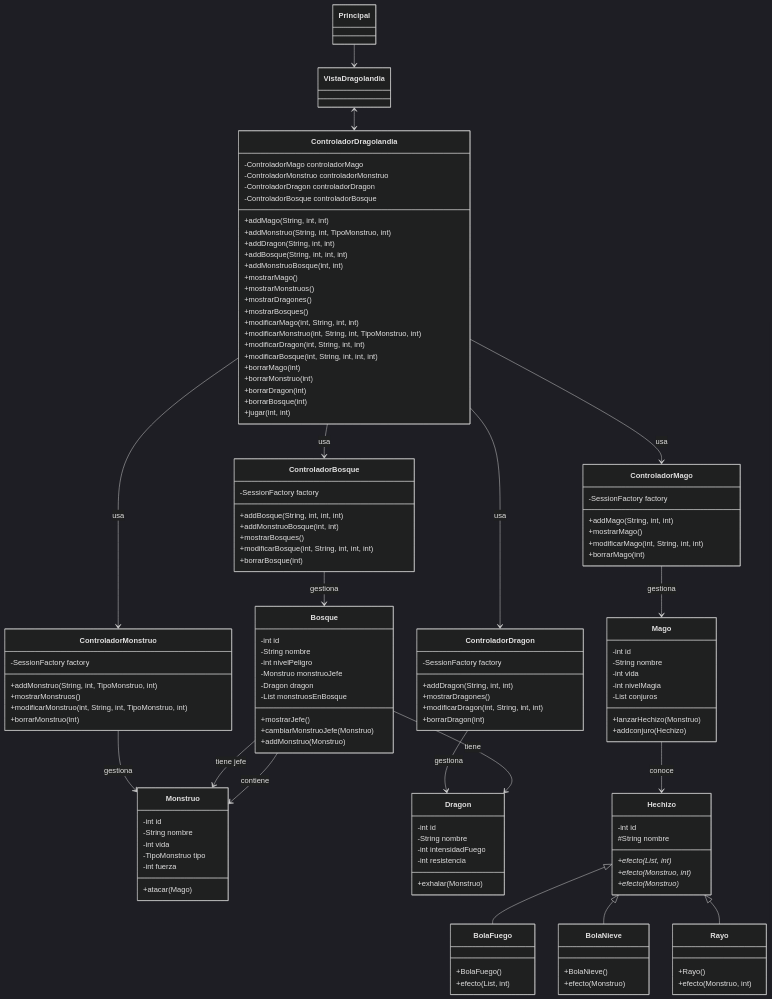
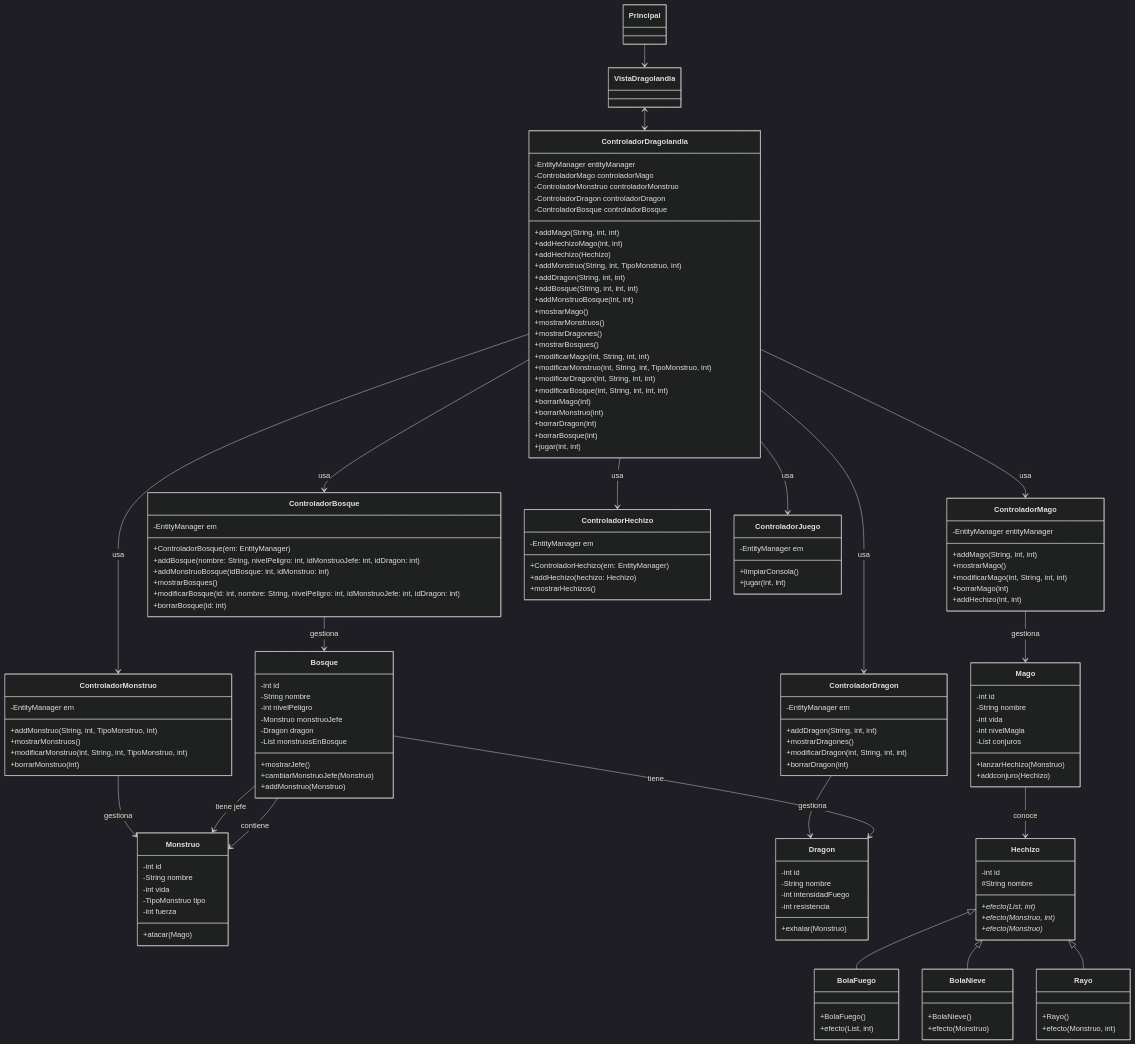
The first of 2 diagrams in README.md (ManuelSC2024/dragolandia), drawn with Mermaid (dark theme) before and after one commit. The commit also changed other lines of this file and 6 other files, not shown here.

```diff
--- a/README.md
+++ b/README.md
@@ -18,6 +32,8 @@
     ControladorDragolandia --> ControladorMonstruo : usa
     ControladorDragolandia --> ControladorDragon : usa
     ControladorDragolandia --> ControladorBosque : usa
+    ControladorDragolandia --> ControladorHechizo : usa
+    ControladorDragolandia --> ControladorJuego : usa
 
     ControladorMago --> Mago : gestiona
     ControladorMonstruo --> Monstruo : gestiona
@@ -44,11 +60,14 @@
     }
 
     class ControladorDragolandia{
+        -EntityManager entityManager
         -ControladorMago controladorMago
         -ControladorMonstruo controladorMonstruo
         -ControladorDragon controladorDragon
         -ControladorBosque controladorBosque
         +addMago(String, int, int)
+        +addHechizoMago(int, int)
+        +addHechizo(Hechizo)
         +addMonstruo(String, int, TipoMonstruo, int)
         +addDragon(String, int, int)
         +addBosque(String, int, int, int)
@@ -69,15 +88,16 @@
     }
 
     class ControladorMago{
-        -SessionFactory factory
+        -EntityManager entityManager
         +addMago(String, int, int)
         +mostrarMago()
         +modificarMago(int, String, int, int)
         +borrarMago(int)
+        +addHechizo(int, int)
     }
 
     class ControladorMonstruo{
-        -SessionFactory factory
+        -EntityManager em
         +addMonstruo(String, int, TipoMonstruo, int)
         +mostrarMonstruos()
         +modificarMonstruo(int, String, int, TipoMonstruo, int)
@@ -85,20 +105,34 @@
     }
 
     class ControladorDragon{
-        -SessionFactory factory
+        -EntityManager em
         +addDragon(String, int, int)
         +mostrarDragones()
         +modificarDragon(int, String, int, int)
         +borrarDragon(int)
     }
 
-    class ControladorBosque{
-        -SessionFactory factory
-        +addBosque(String, int, int, int)
-        +addMonstruoBosque(int, int)
+    class ControladorBosque {
+        -EntityManager em
+        +ControladorBosque(em: EntityManager)
+        +addBosque(nombre: String, nivelPeligro: int, idMonstruoJefe: int, idDragon: int)
+        +addMonstruoBosque(idBosque: int, idMonstruo: int)
         +mostrarBosques()
-        +modificarBosque(int, String, int, int, int)
-        +borrarBosque(int)
+        +modificarBosque(id: int, nombre: String, nivelPeligro: int, idMonstruoJefe: int, idDragon: int)
+        +borrarBosque(id: int)
+    }
+
+    class ControladorHechizo {
+        -EntityManager em
+        +ControladorHechizo(em: EntityManager)
+        +addHechizo(hechizo: Hechizo)
+        +mostrarHechizos()
+    }
+
+    class ControladorJuego{
+        -EntityManager em
+        +limpiarConsola()
+        +jugar(int, int)
     }
 
     class Bosque {
```
